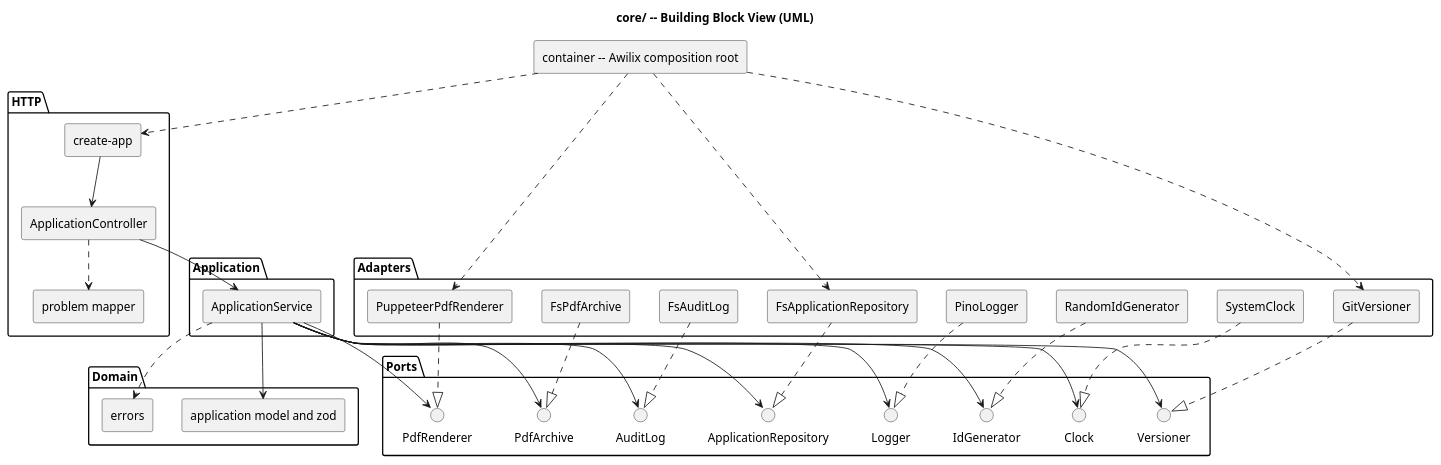
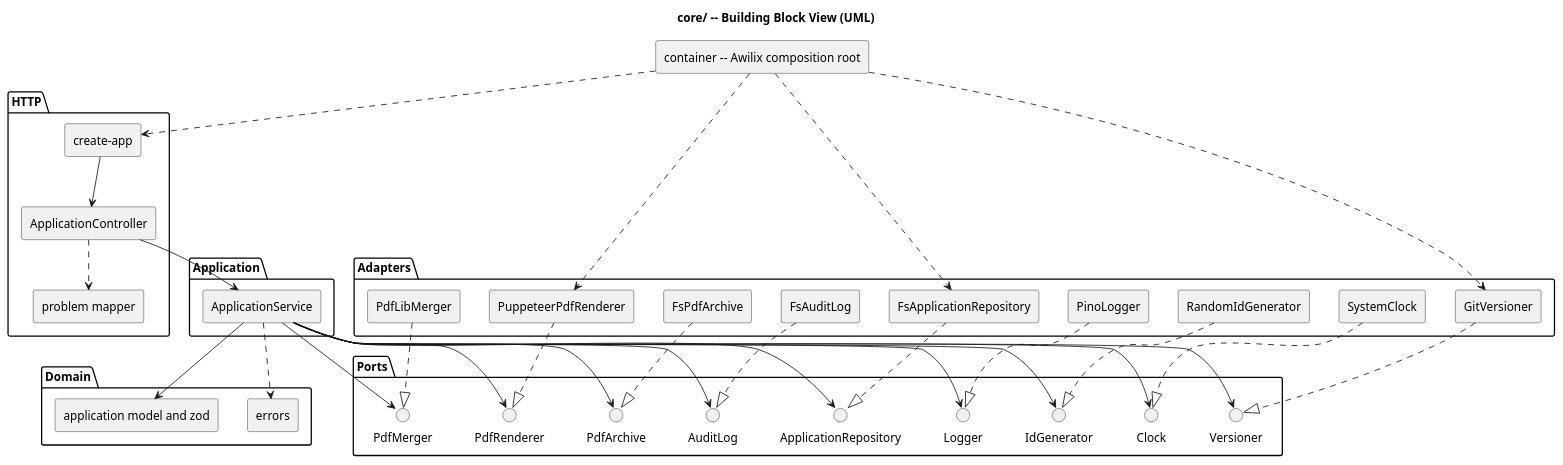
The diagram in docs/umls/05_building_blocks.puml (NexusHero/Resume), drawn with PlantUML before and after one commit. The commit also changed 15 other files, not shown here.

First line of the commit message:
refactor(core): apply ISP and SRP findings (split PdfMerger, extract slug)

```diff
--- a/docs/umls/05_building_blocks.puml
+++ b/docs/umls/05_building_blocks.puml
@@ -1,75 +1,79 @@
 @startuml 05_building_blocks
 title core/ -- Building Block View (UML)
 
 skinparam shadowing false
 skinparam componentStyle rectangle
 skinparam defaultTextAlignment center
 
 package "HTTP" {
   [create-app] as App
   [ApplicationController] as Ctrl
   [problem mapper] as Problem
 }
 
 package "Application" {
   [ApplicationService] as Service
 }
 
 package "Domain" {
   [application model and zod] as DomainModel
   [errors] as DomainErrors
 }
 
 package "Ports" {
   interface ApplicationRepository
   interface AuditLog
   interface PdfArchive
   interface PdfRenderer
+  interface PdfMerger
   interface Versioner
   interface Clock
   interface IdGenerator
   interface Logger
 }
 
 package "Adapters" {
   [FsApplicationRepository] as FsRepo
   [FsAuditLog] as FsAudit
   [FsPdfArchive] as FsArchive
   [PuppeteerPdfRenderer] as Pup
+  [PdfLibMerger] as Merger
   [GitVersioner] as Git
   [SystemClock] as Clk
   [RandomIdGenerator] as Ids
   [PinoLogger] as Pino
 }
 
 [container -- Awilix composition root] as Container
 
 App --> Ctrl
 Ctrl --> Service
 Ctrl ..> Problem
 Service --> DomainModel
 Service ..> DomainErrors
 Service --> ApplicationRepository
 Service --> AuditLog
 Service --> PdfArchive
 Service --> PdfRenderer
+Service --> PdfMerger
 Service --> Versioner
 Service --> Clock
 Service --> IdGenerator
 Service --> Logger
 
 FsRepo ..|> ApplicationRepository
 FsAudit ..|> AuditLog
 FsArchive ..|> PdfArchive
 Pup ..|> PdfRenderer
+Merger ..|> PdfMerger
 Git ..|> Versioner
 Clk ..|> Clock
 Ids ..|> IdGenerator
 Pino ..|> Logger
 
 Container ..> FsRepo
 Container ..> Pup
 Container ..> Git
 Container ..> App
 
 @enduml
```
